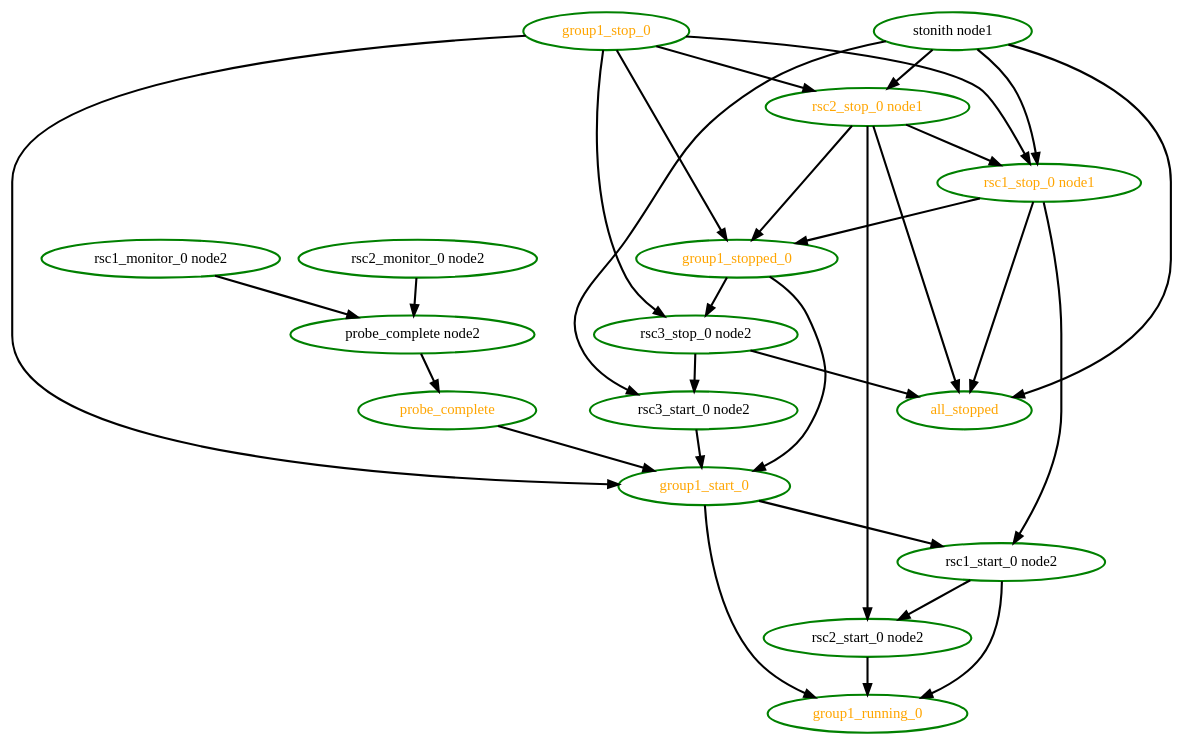
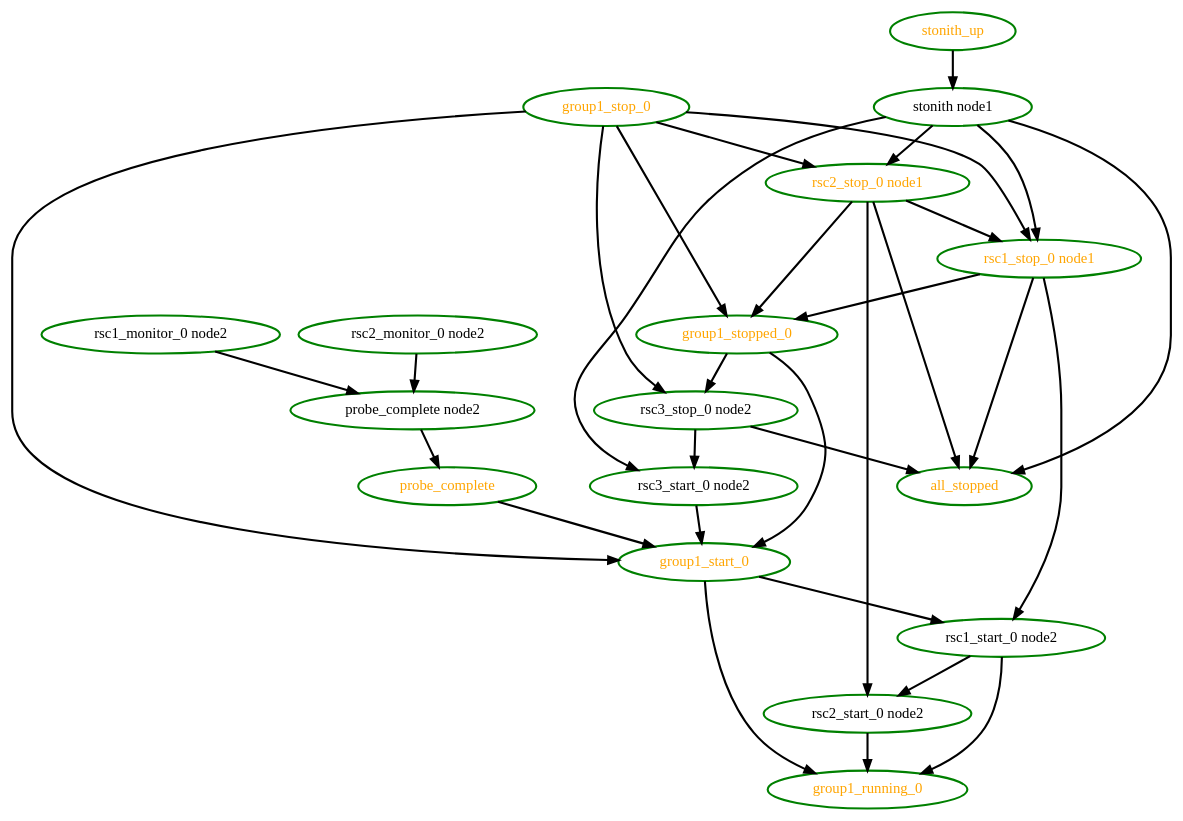
Before and after one commit to richiewen8/heartbeat: the diagram in crm/pengine/testcases/rec-node-11.dot, drawn with Graphviz. The commit also changed 33 other files, not shown here.

```diff
--- a/crm/pengine/testcases/rec-node-11.dot
+++ b/crm/pengine/testcases/rec-node-11.dot
@@ -1,48 +1,50 @@
  digraph "g" {
 "all_stopped" [ style=bold color="green" fontcolor="orange"  ]
 "group1_running_0" [ style=bold color="green" fontcolor="orange" ]
 "group1_start_0" -> "group1_running_0" [ style = bold]
 "group1_start_0" -> "rsc1_start_0 node2" [ style = bold]
 "group1_start_0" [ style=bold color="green" fontcolor="orange" ]
 "group1_stop_0" -> "group1_start_0" [ style = bold]
 "group1_stop_0" -> "group1_stopped_0" [ style = bold]
 "group1_stop_0" -> "rsc1_stop_0 node1" [ style = bold]
 "group1_stop_0" -> "rsc2_stop_0 node1" [ style = bold]
 "group1_stop_0" -> "rsc3_stop_0 node2" [ style = bold]
 "group1_stop_0" [ style=bold color="green" fontcolor="orange" ]
 "group1_stopped_0" -> "group1_start_0" [ style = bold]
 "group1_stopped_0" -> "rsc3_stop_0 node2" [ style = bold]
 "group1_stopped_0" [ style=bold color="green" fontcolor="orange" ]
 "probe_complete node2" -> "probe_complete" [ style = bold]
 "probe_complete node2" [ style=bold color="green" fontcolor="black" ]
 "probe_complete" -> "group1_start_0" [ style = bold]
 "probe_complete" [ style=bold color="green" fontcolor="orange" ]
 "rsc1_monitor_0 node2" -> "probe_complete node2" [ style = bold]
 "rsc1_monitor_0 node2" [ style=bold color="green" fontcolor="black" ]
 "rsc1_start_0 node2" -> "group1_running_0" [ style = bold]
 "rsc1_start_0 node2" -> "rsc2_start_0 node2" [ style = bold]
 "rsc1_start_0 node2" [ style=bold color="green" fontcolor="black" ]
 "rsc1_stop_0 node1" -> "all_stopped" [ style = bold]
 "rsc1_stop_0 node1" -> "group1_stopped_0" [ style = bold]
 "rsc1_stop_0 node1" -> "rsc1_start_0 node2" [ style = bold]
 "rsc1_stop_0 node1" [ style=bold color="green" fontcolor="orange" ]
 "rsc2_monitor_0 node2" -> "probe_complete node2" [ style = bold]
 "rsc2_monitor_0 node2" [ style=bold color="green" fontcolor="black" ]
 "rsc2_start_0 node2" -> "group1_running_0" [ style = bold]
 "rsc2_start_0 node2" [ style=bold color="green" fontcolor="black" ]
 "rsc2_stop_0 node1" -> "all_stopped" [ style = bold]
 "rsc2_stop_0 node1" -> "group1_stopped_0" [ style = bold]
 "rsc2_stop_0 node1" -> "rsc1_stop_0 node1" [ style = bold]
 "rsc2_stop_0 node1" -> "rsc2_start_0 node2" [ style = bold]
 "rsc2_stop_0 node1" [ style=bold color="green" fontcolor="orange" ]
 "rsc3_start_0 node2" -> "group1_start_0" [ style = bold]
 "rsc3_start_0 node2" [ style=bold color="green" fontcolor="black" ]
 "rsc3_stop_0 node2" -> "all_stopped" [ style = bold]
 "rsc3_stop_0 node2" -> "rsc3_start_0 node2" [ style = bold]
 "rsc3_stop_0 node2" [ style=bold color="green" fontcolor="black" ]
 "stonith node1" -> "all_stopped" [ style = bold]
 "stonith node1" -> "rsc1_stop_0 node1" [ style = bold]
 "stonith node1" -> "rsc2_stop_0 node1" [ style = bold]
 "stonith node1" -> "rsc3_start_0 node2" [ style = bold]
 "stonith node1" [ style=bold color="green" fontcolor="black" ]
+"stonith_up" -> "stonith node1" [ style = bold]
+"stonith_up" [ style=bold color="green" fontcolor="orange"  ]
 }
```
